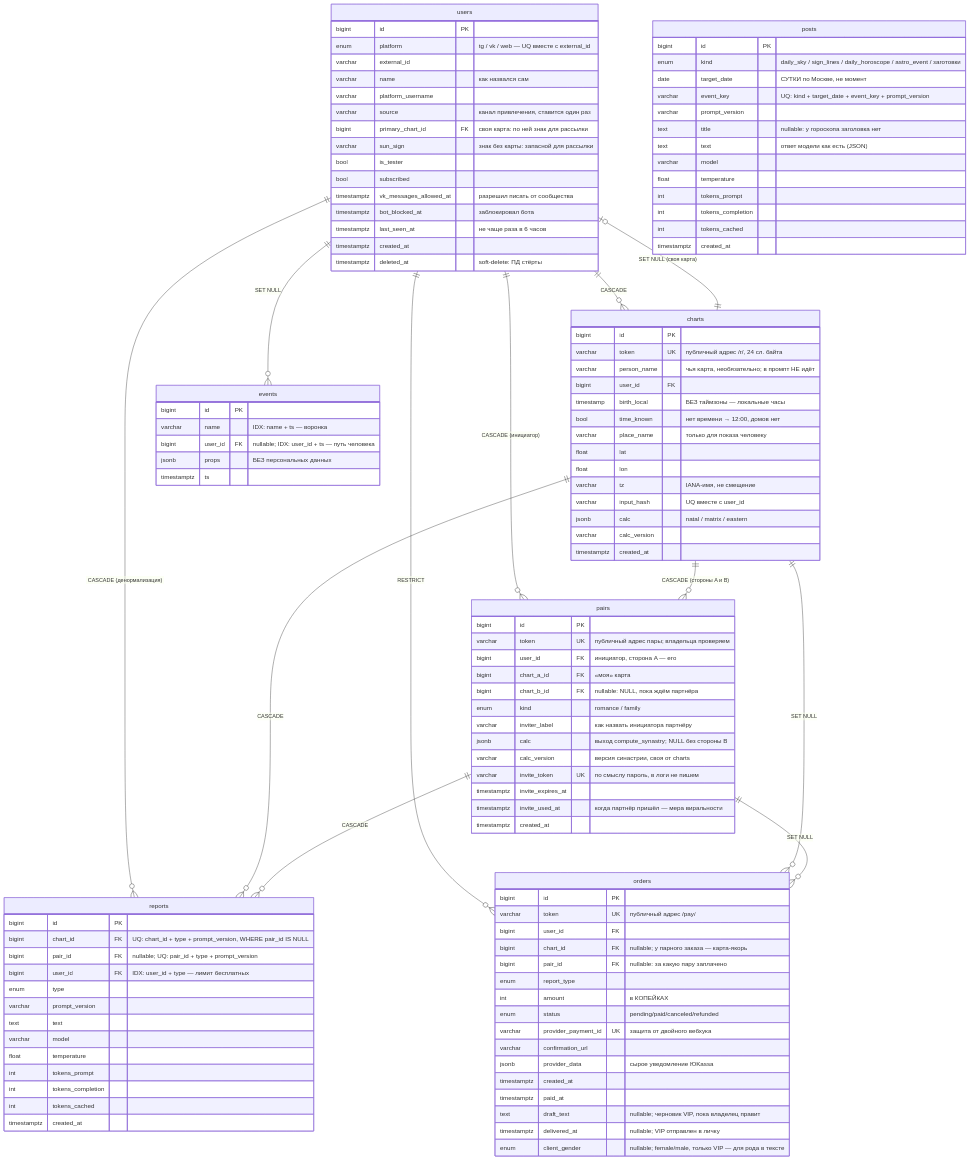
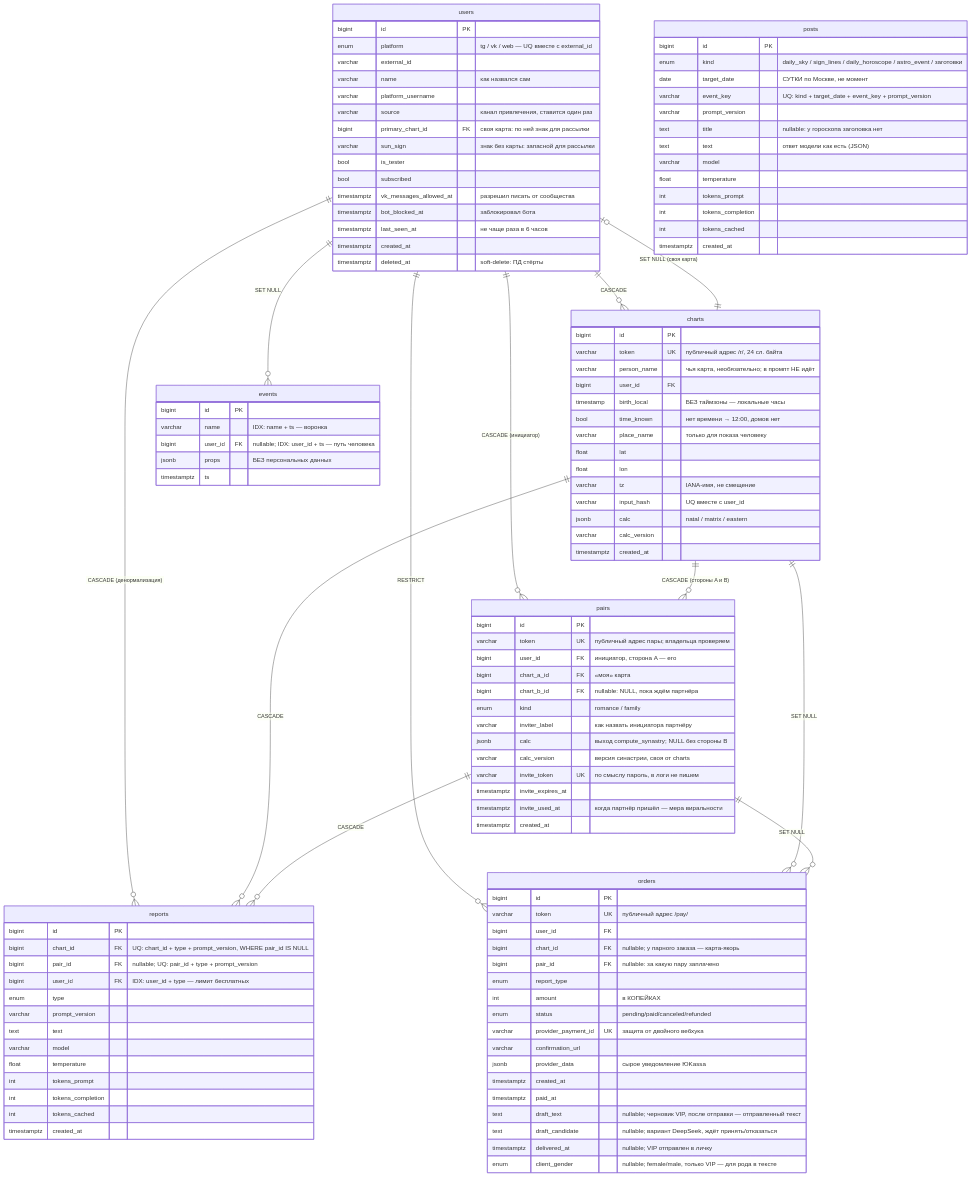
One commit to ngbaranov1970/AstroService changed the diagram in docs/db-schema.md. Above: the diagram before and after it, drawn with Mermaid. The commit also changed other lines of this file and 7 other files, not shown here.

```diff
--- a/docs/db-schema.md
+++ b/docs/db-schema.md
@@ -102,7 +102,8 @@
         jsonb    provider_data "сырое уведомление ЮKassa"
         timestamptz created_at
         timestamptz paid_at
-        text     draft_text "nullable; черновик VIP, пока владелец правит"
+        text     draft_text "nullable; черновик VIP, после отправки — отправленный текст"
+        text     draft_candidate "nullable; вариант DeepSeek, ждёт принять/отказаться"
         timestamptz delivered_at "nullable; VIP отправлен в личку"
         enum     client_gender "nullable; female/male, только VIP — для рода в тексте"
     }
```
